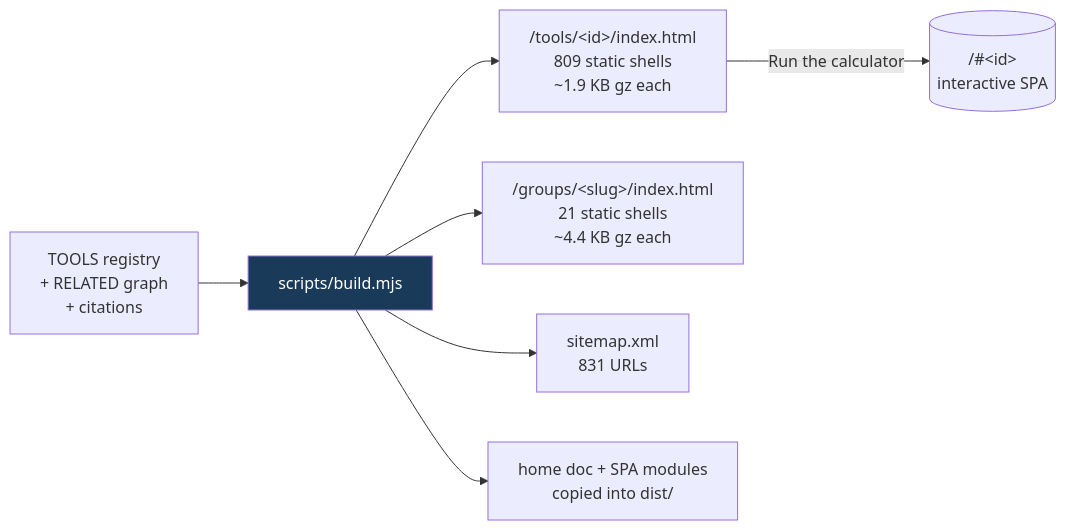
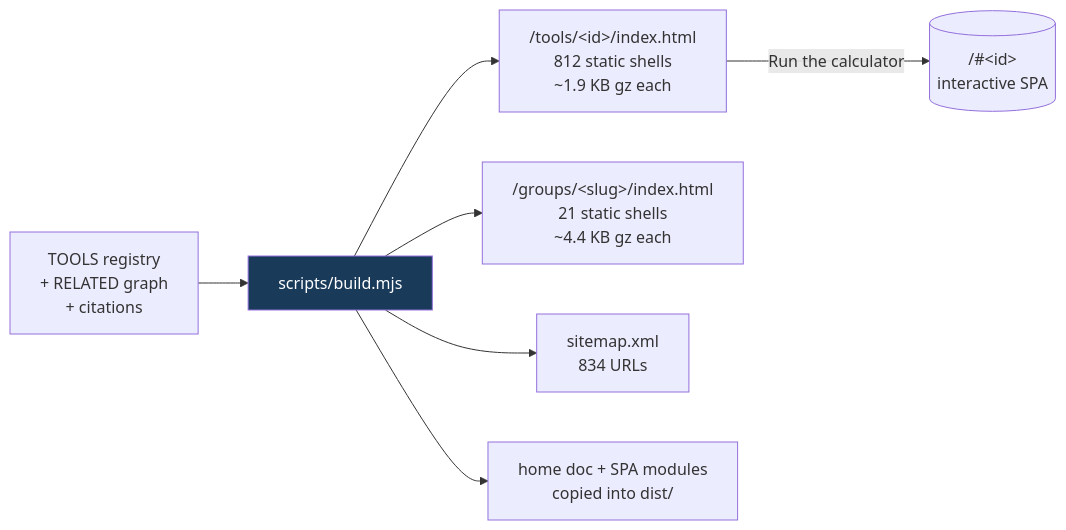
The fifth of 8 diagrams in README.md (clay-good/roughlogic.com), drawn with Mermaid before and after one commit. The commit also changed other lines of this file and 19 other files, not shown here.

````diff
--- a/README.md
+++ b/README.md
@@ -495,10 +495,10 @@
 ```mermaid
 flowchart LR
     SRC[TOOLS registry\n+ RELATED graph\n+ citations] --> BUILD[scripts/build.mjs]
-    BUILD --> TILE["/tools/&lt;id&gt;/index.html\n809 static shells\n~1.9 KB gz each"]
+    BUILD --> TILE["/tools/&lt;id&gt;/index.html\n812 static shells\n~1.9 KB gz each"]
     BUILD --> GROUP["/groups/&lt;slug&gt;/index.html\n21 static shells\n~4.4 KB gz each"]
-    BUILD --> MAP["sitemap.xml\n831 URLs"]
+    BUILD --> MAP["sitemap.xml\n834 URLs"]
     BUILD --> COPY[home doc + SPA modules\ncopied into dist/]
     TILE -->|Run the calculator| SPA[("/#&lt;id&gt;\ninteractive SPA")]
     style BUILD fill:#1a3a5a,color:#fff
 ```
````
